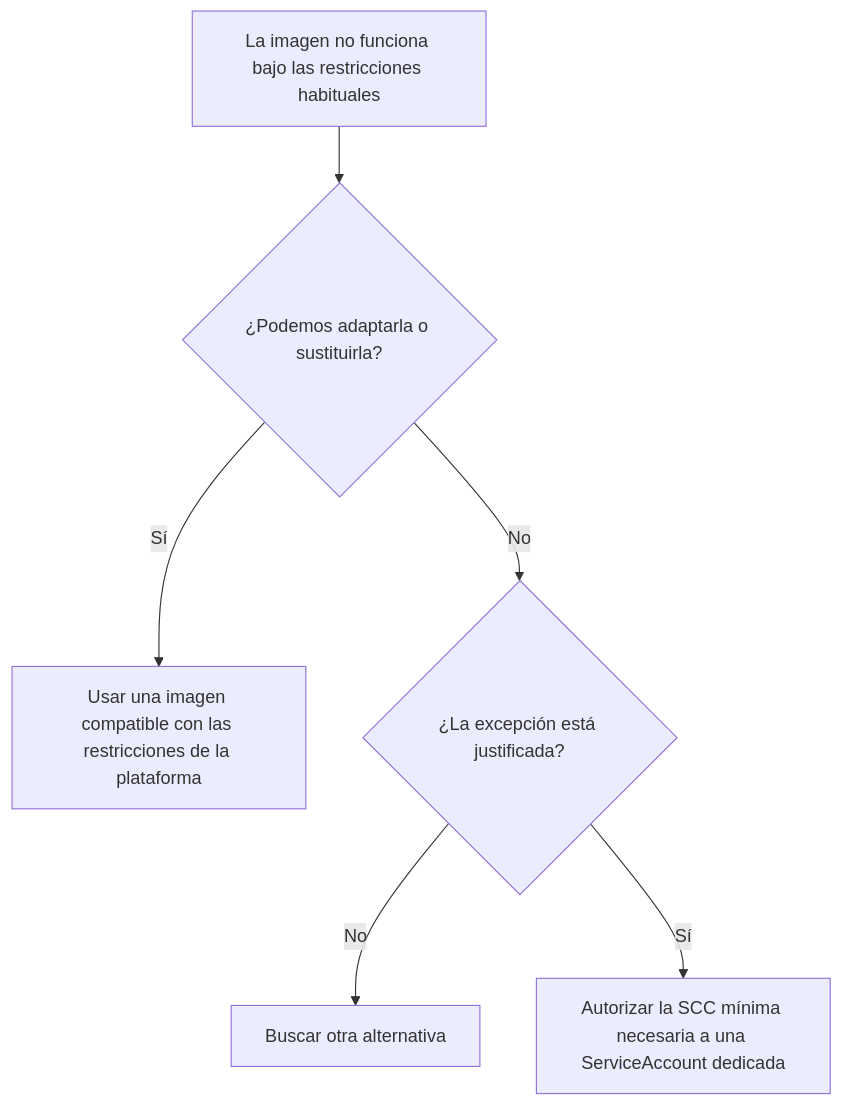
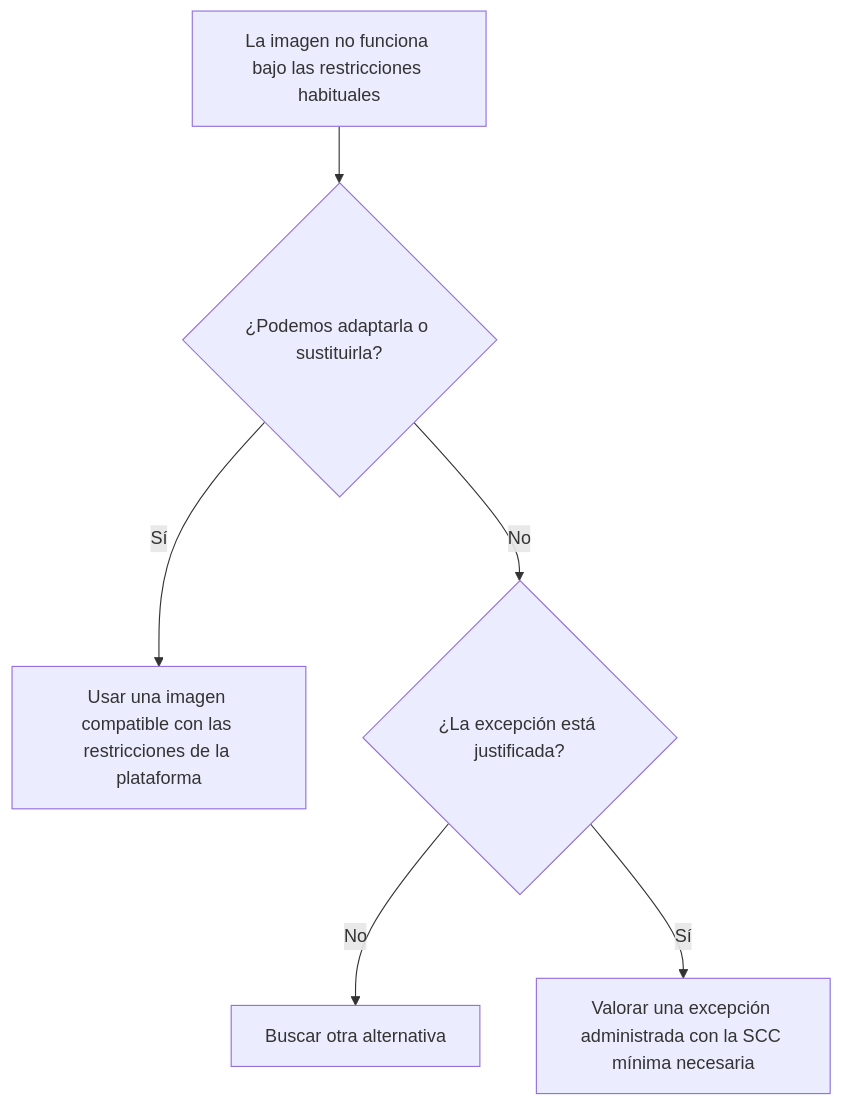
Before and after one commit to ieftraining/curso-openshift: the diagram in docs/sesion2/2.6 Politicas de Seguridad.md, drawn with Mermaid. The commit also changed other lines of this file, not shown here.

````diff
--- a/docs/sesion2/2.6 Politicas de Seguridad.md
+++ b/docs/sesion2/2.6 Politicas de Seguridad.md
@@ -200,8 +188,8 @@
 ```mermaid
 flowchart TD
     A[La imagen no funciona bajo las restricciones habituales] --> B{¿Podemos adaptarla o sustituirla?}
     B -->|Sí| C[Usar una imagen compatible con las restricciones de la plataforma]
     B -->|No| D{¿La excepción está justificada?}
     D -->|No| E[Buscar otra alternativa]
-    D -->|Sí| F[Autorizar la SCC mínima necesaria a una ServiceAccount dedicada]
+    D -->|Sí| F[Valorar una excepción administrada con la SCC mínima necesaria]
 ```
````
